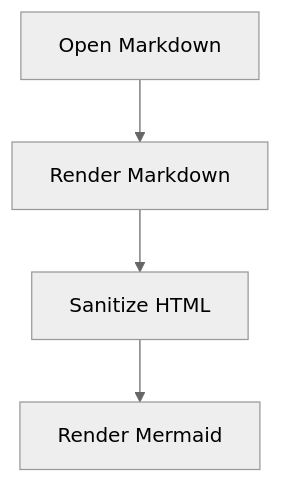
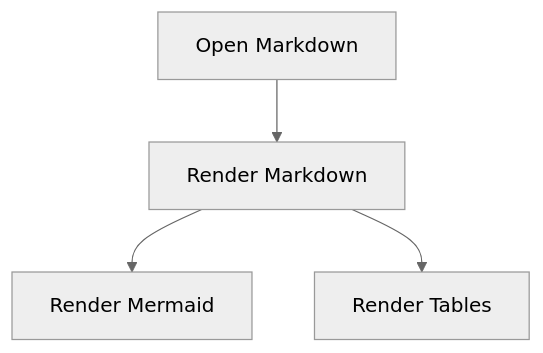
One commit to yhchiu/dev-file-viewer changed the diagram in sample/example.md. Above: the diagram before and after it, drawn with Mermaid (neutral theme). The commit also changed other lines of this file and 20 other files, not shown here.

````diff
--- a/sample/example.md
+++ b/sample/example.md
@@ -7,6 +17,6 @@
 ```mermaid
 flowchart TD
   A[Open Markdown] --> B[Render Markdown]
-  B --> C[Sanitize HTML]
-  C --> D[Render Mermaid]
+  B --> C[Render Mermaid]
+  B --> D[Render Tables]
 ```
````
